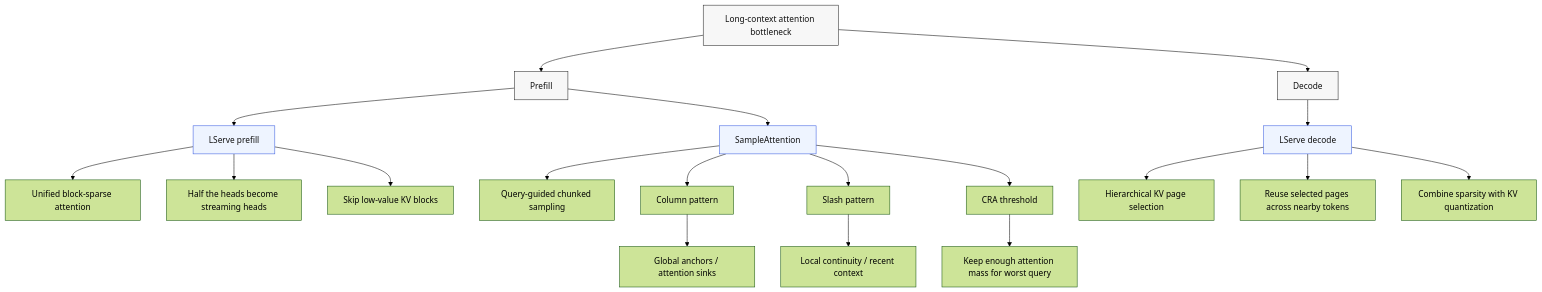
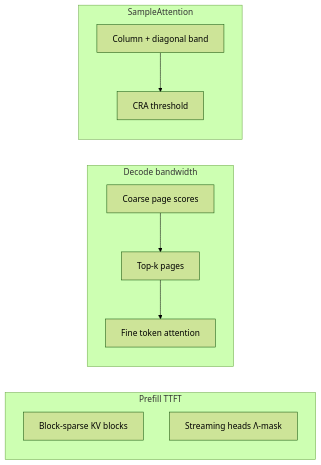
One commit to Zhanyl-tech/zhanyl-tech.github.io changed the diagram in static/images/vizpub/lserve-sampleattention-sparse-attention.mmd. Above: the diagram before and after it, drawn with Mermaid (forest theme). The commit also changed 13 other files, not shown here.

First line of the commit message:
blog: paper-style figures inline for LServe/SampleAttention; remove slide deck

```diff
--- a/static/images/vizpub/lserve-sampleattention-sparse-attention.mmd
+++ b/static/images/vizpub/lserve-sampleattention-sparse-attention.mmd
@@ -1,29 +1,17 @@
-flowchart TD
-    A[Long-context attention bottleneck] --> B[Prefill]
-    A --> C[Decode]
-
-    B --> D[LServe prefill]
-    B --> E[SampleAttention]
-
-    D --> D1[Unified block-sparse attention]
-    D --> D2[Half the heads become streaming heads]
-    D --> D3[Skip low-value KV blocks]
-
-    E --> E1[Query-guided chunked sampling]
-    E --> E2[Column pattern]
-    E --> E3[Slash pattern]
-    E --> E4[CRA threshold]
-
-    E2 --> E21[Global anchors / attention sinks]
-    E3 --> E31[Local continuity / recent context]
-    E4 --> E41[Keep enough attention mass for worst query]
-
-    C --> F[LServe decode]
-    F --> F1[Hierarchical KV page selection]
-    F --> F2[Reuse selected pages across nearby tokens]
-    F --> F3[Combine sparsity with KV quantization]
-
-    classDef box fill:#f7f7f7,stroke:#222,stroke-width:1px,color:#111;
-    classDef accent fill:#eef4ff,stroke:#3559e0,stroke-width:1px,color:#111;
-    class A,B,C box;
-    class D,E,F accent;
+%% Mermaid source: logical flow for LServe + SampleAttention (blog figures are inline SVGs under /images/figures/).
+flowchart LR
+  subgraph prefill [Prefill TTFT]
+    B[Block-sparse KV blocks]
+    S[Streaming heads Λ-mask]
+  end
+  subgraph decode [Decode bandwidth]
+    C[Coarse page scores]
+    K[Top-k pages]
+    F[Fine token attention]
+    C --> K --> F
+  end
+  subgraph sa [SampleAttention]
+    P[Column + diagonal band]
+    R[CRA threshold]
+    P --> R
+  end
```
